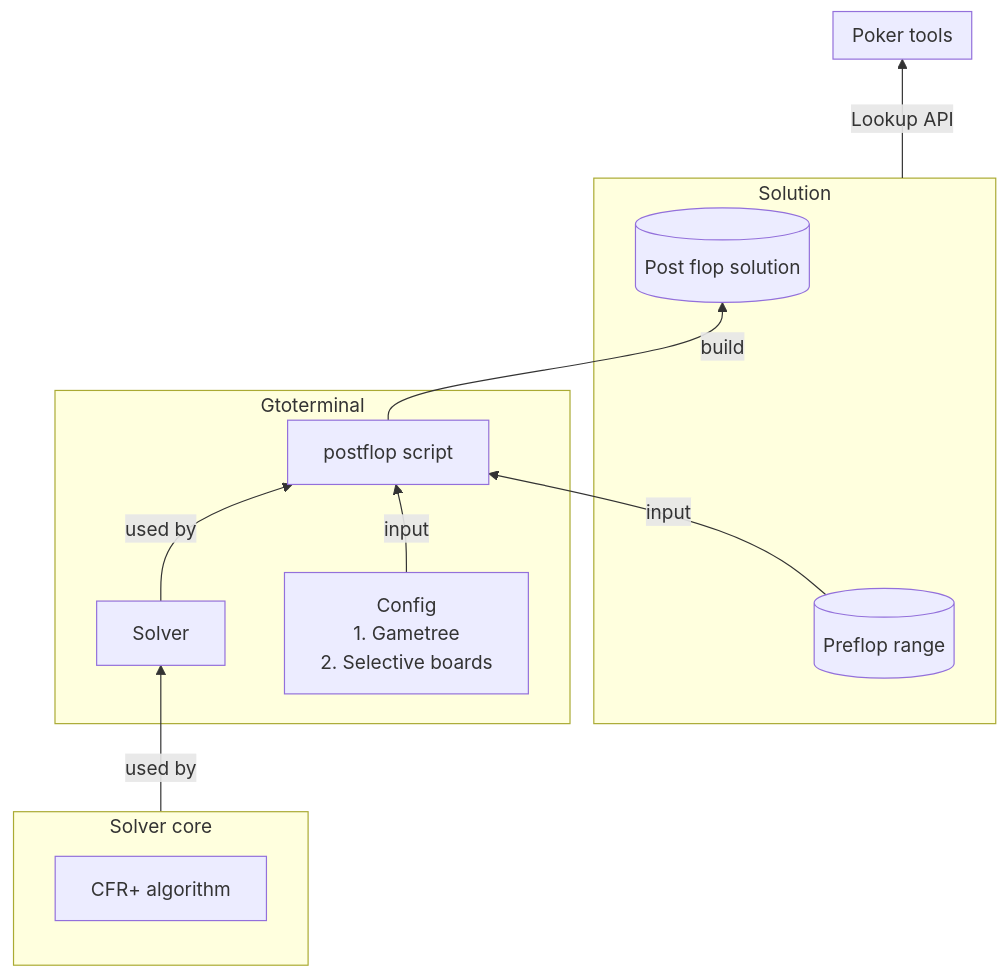
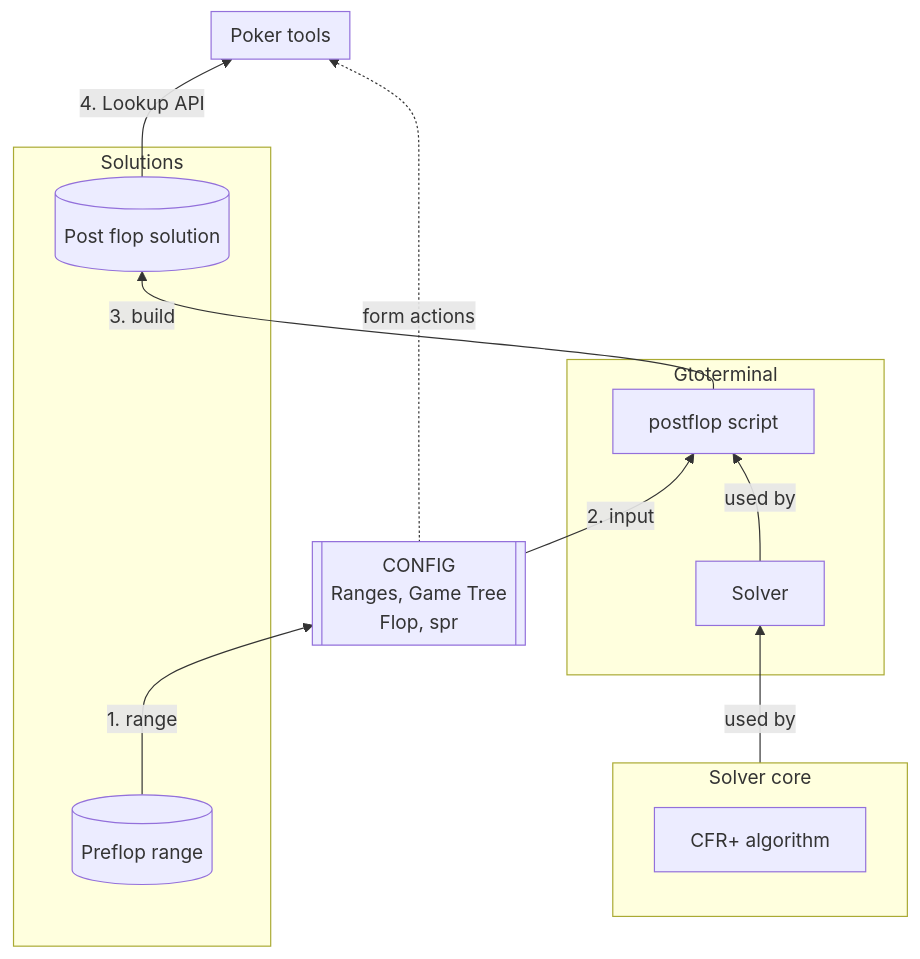
The diagram in README.MD (knlnguyen1802/test), drawn with Mermaid before and after one commit. The commit also changed other lines of this file and 18 other files, not shown here.

Commit message:
Explain game tree, ranges, and everything for postflop

````diff
--- a/README.MD
+++ b/README.MD
@@ -10,28 +10,31 @@
 ```mermaid
 graph BT
     subgraph CORE[Solver core]
         CFR[CFR+ algorithm]
     end
 
     subgraph TERMINAL[Gtoterminal]
-        CONFIG[Config<br>1. Gametree<br>2. Selective boards]
         SCR[postflop script]
         SOLVER[Solver]
     end
 
-    subgraph DATA[Solution]
+    subgraph DATA[Solutions]
         PREDB[(Preflop range)]
         POSTDB[(Post flop solution)]
     end
 
+    CONFIG[[CONFIG <br> Ranges, Game Tree <br> Flop, spr]]
+
     subgraph TOOL[Poker tools]
     end
 
+    PREDB --> |1. range| CONFIG
+    CONFIG --> |2. input| SCR
+    CONFIG -.-> |form actions| TOOL
 
     CORE --> |used by| SOLVER
     SOLVER --> |used by| SCR
-    PREDB --> |input| SCR
-    CONFIG --> |input| SCR
-    SCR --> |build| POSTDB
-    DATA -----> |Lookup API| TOOL
+    SCR --> |3. build| POSTDB
+    POSTDB --> |4. Lookup API| TOOL
+
 ```
````
